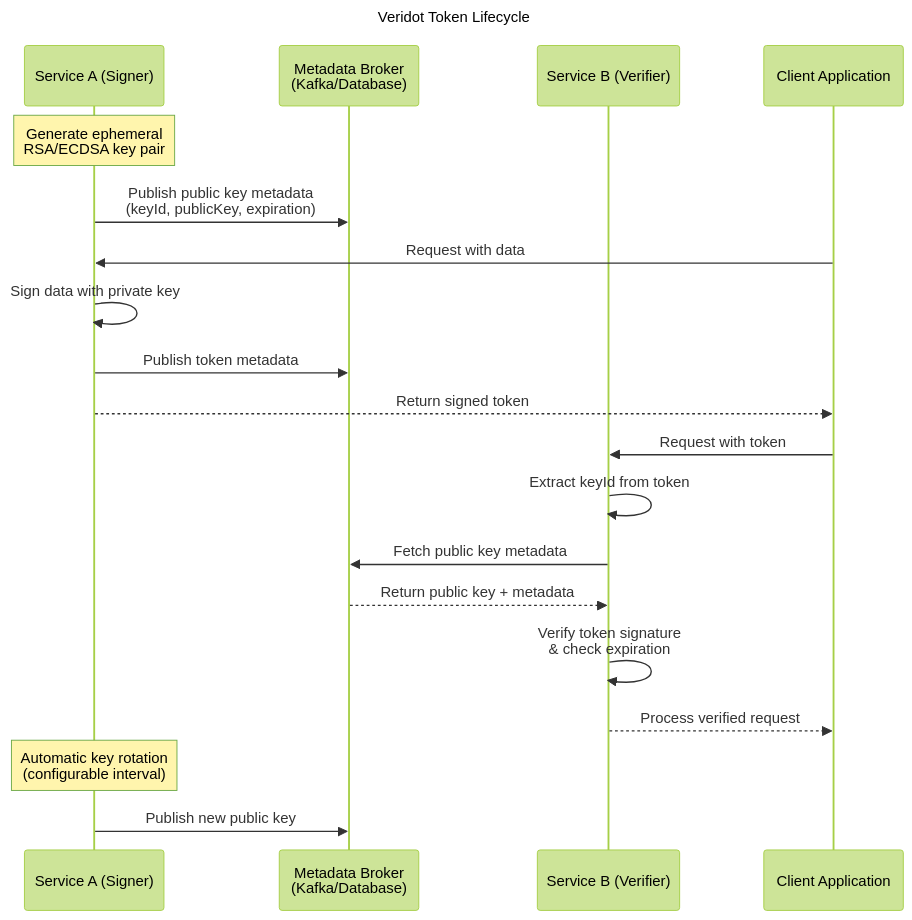
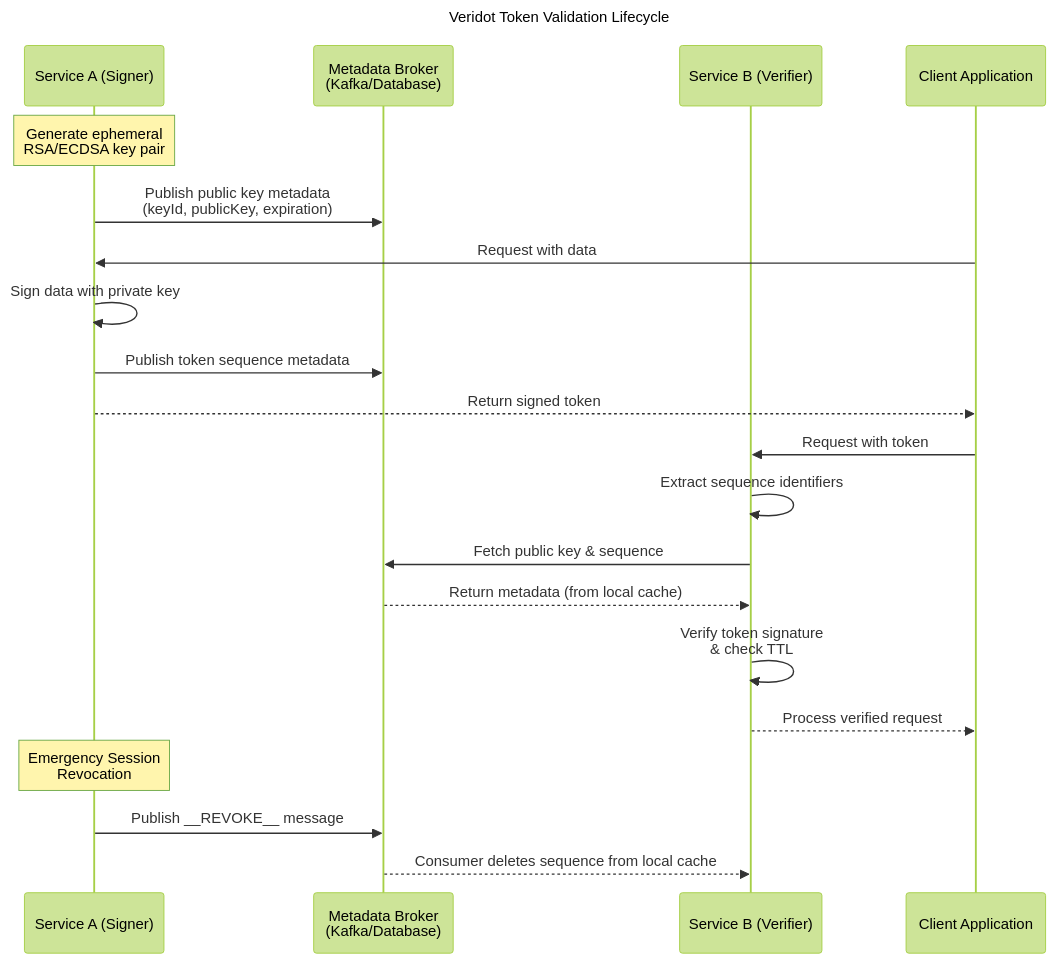
Before and after one commit to cyfko/veridot: the diagram in README.md, drawn with Mermaid (forest theme). The commit also changed other lines of this file, not shown here.

Commit message:
docs: refactor root README to focus on Protocol V2 architecture and ecosystem

````diff
--- a/README.md
+++ b/README.md
@@ -66,31 +46,32 @@
 ```mermaid
 sequenceDiagram
-    title Veridot Token Lifecycle
+    title Veridot Token Validation Lifecycle
 
     participant ServiceA as Service A (Signer)
     participant Broker as Metadata Broker<br/>(Kafka/Database)
     participant ServiceB as Service B (Verifier)
     participant Client as Client Application
 
     %% Key Generation & Registration
     Note over ServiceA: Generate ephemeral<br/>RSA/ECDSA key pair
     ServiceA->>Broker: Publish public key metadata<br/>(keyId, publicKey, expiration)
 
     %% Token Signing
     Client->>ServiceA: Request with data
     ServiceA->>ServiceA: Sign data with private key
-    ServiceA->>Broker: Publish token metadata
+    ServiceA->>Broker: Publish token sequence metadata
     ServiceA-->>Client: Return signed token
 
     %% Token Verification
     Client->>ServiceB: Request with token
-    ServiceB->>ServiceB: Extract keyId from token
-    ServiceB->>Broker: Fetch public key metadata
-    Broker-->>ServiceB: Return public key + metadata
-    ServiceB->>ServiceB: Verify token signature<br/>& check expiration
+    ServiceB->>ServiceB: Extract sequence identifiers
+    ServiceB->>Broker: Fetch public key & sequence
+    Broker-->>ServiceB: Return metadata (from local cache)
+    ServiceB->>ServiceB: Verify token signature<br/>& check TTL
     ServiceB-->>Client: Process verified request
 
-    %% Key Rotation (Automatic)
-    Note over ServiceA: Automatic key rotation<br/>(configurable interval)
-    ServiceA->>Broker: Publish new public key
+    %% Revocation (Cross-Cluster)
+    Note over ServiceA: Emergency Session<br/>Revocation
+    ServiceA->>Broker: Publish __REVOKE__ message
+    Broker-->>ServiceB: Consumer deletes sequence from local cache
 ```
````
